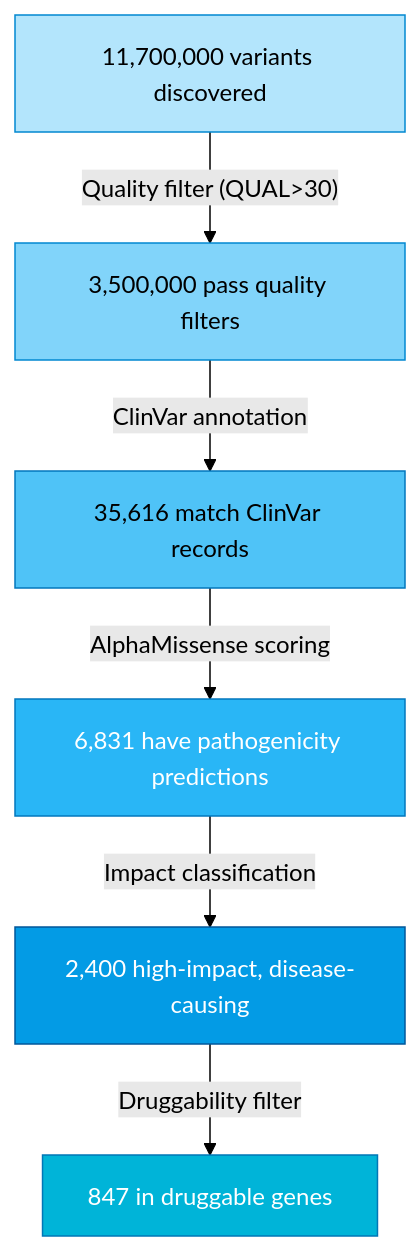
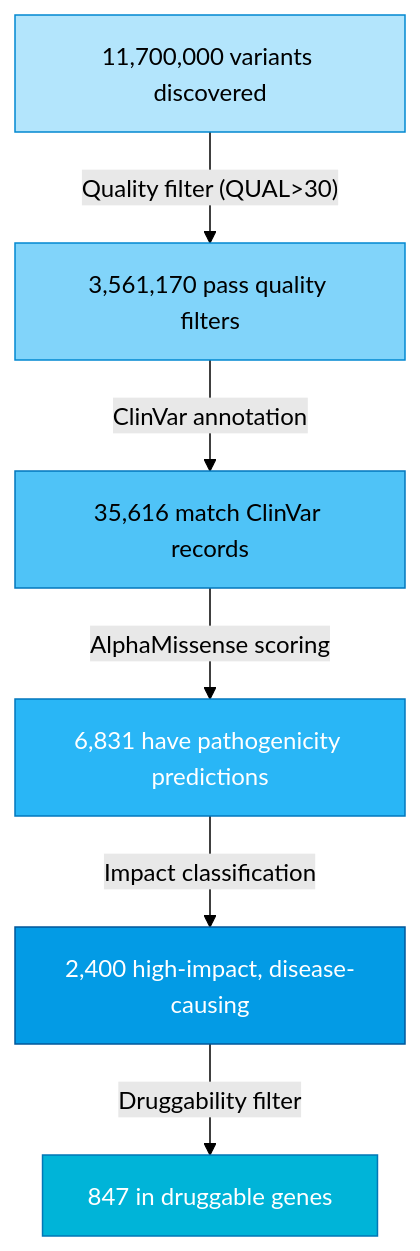
The first of 2 diagrams in docs/stage-2-rag.md (ajones1923/hcls-ai-factory), drawn with Mermaid (forest theme) before and after one commit. The commit also changed other lines of this file and 32 other files, not shown here.

````diff
--- a/docs/stage-2-rag.md
+++ b/docs/stage-2-rag.md
@@ -42,22 +42,22 @@
 ```mermaid
 flowchart TD
     A["11,700,000 variants discovered"]
-    B["3,500,000 pass quality filters"]
+    B["3,561,170 pass quality filters"]
     C["35,616 match ClinVar records"]
     D["6,831 have pathogenicity predictions"]
     E["2,400 high-impact, disease-causing"]
     F["847 in druggable genes"]
 
     A -->|"Quality filter (QUAL>30)"| B
     B -->|"ClinVar annotation"| C
     C -->|"AlphaMissense scoring"| D
     D -->|"Impact classification"| E
     E -->|"Druggability filter"| F
 
     style A fill:#B3E5FC,stroke:#0288D1
     style B fill:#81D4FA,stroke:#0288D1
     style C fill:#4FC3F7,stroke:#0277BD
     style D fill:#29B6F6,stroke:#0277BD,color:#fff
     style E fill:#039BE5,stroke:#01579B,color:#fff
     style F fill:#00B4D8,stroke:#0077B6,color:#fff
 ```
````
